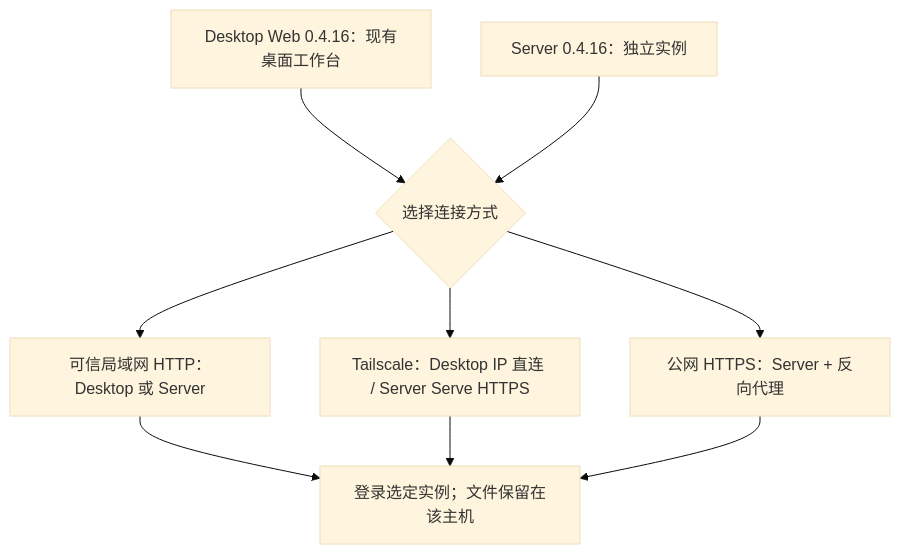
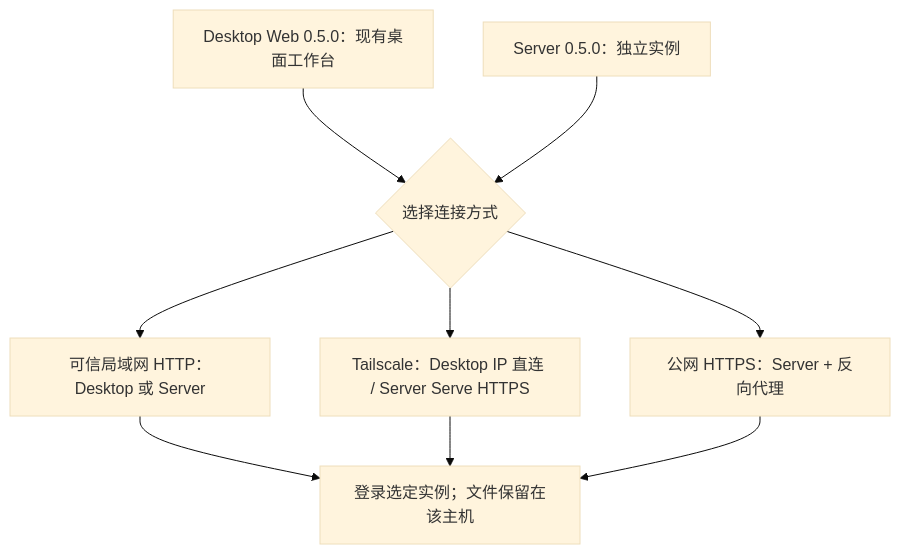
The diagram in website/site/public/assets/diagrams/deployment-choice-zh.mmd (123eyu/rovai-ai), drawn with Mermaid (base theme) before and after one commit. The commit also changed 12 other files, not shown here.

```diff
--- a/website/site/public/assets/diagrams/deployment-choice-zh.mmd
+++ b/website/site/public/assets/diagrams/deployment-choice-zh.mmd
@@ -1,12 +1,12 @@
 flowchart TB
-  desktop["Desktop Web 0.4.16：现有桌面工作台"]
-  server["Server 0.4.16：独立实例"]
+  desktop["Desktop Web 0.5.0：现有桌面工作台"]
+  server["Server 0.5.0：独立实例"]
   choice{"选择连接方式"}
   desktop --> choice
   server --> choice
   choice --> lan["可信局域网 HTTP：Desktop 或 Server"]
   choice --> ts["Tailscale：Desktop IP 直连 / Server Serve HTTPS"]
   choice --> public["公网 HTTPS：Server + 反向代理"]
   lan --> login["登录选定实例；文件保留在该主机"]
   ts --> login
   public --> login
```
